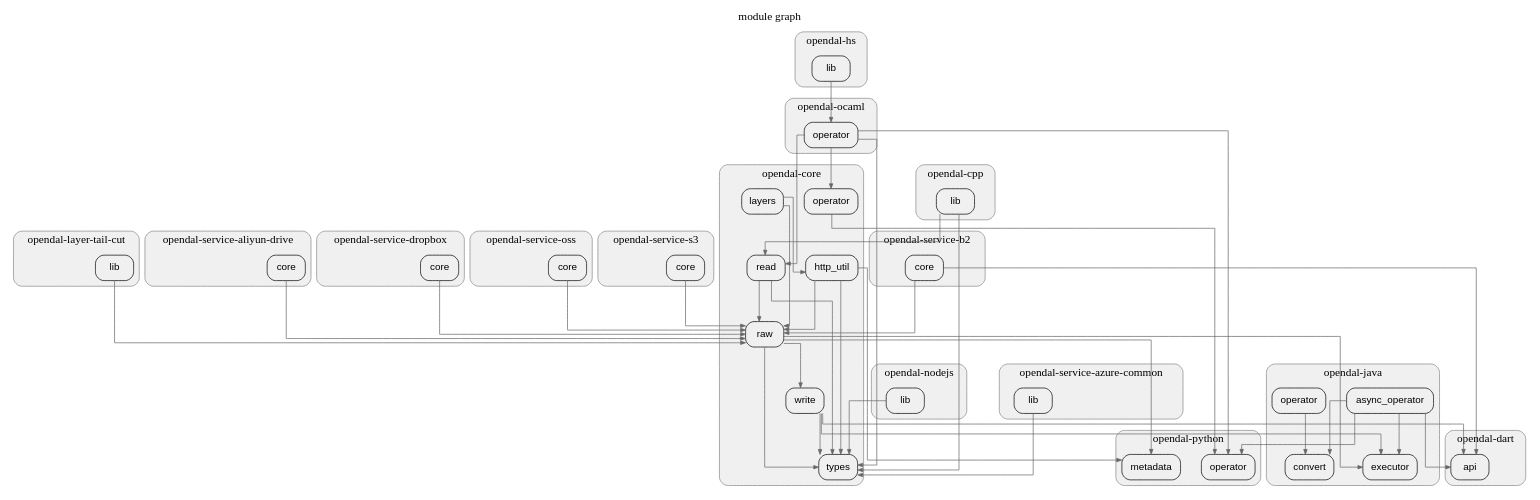
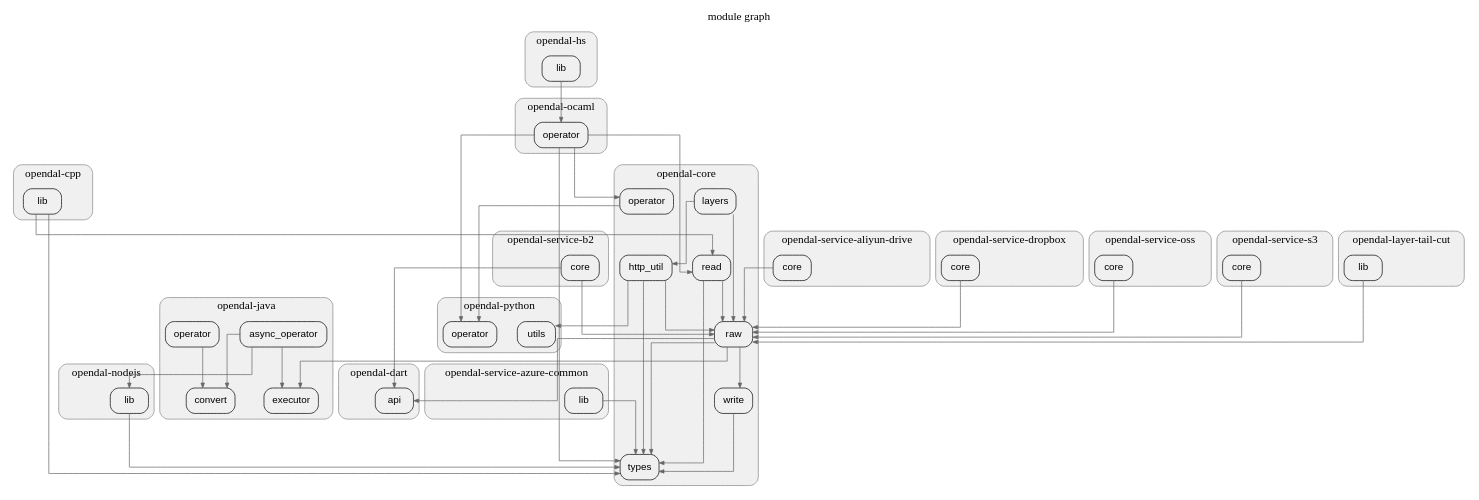
The diagram in sample/opendal-pagerank/depth_2_module.dot (allenanswerzq/llmcc), drawn with Graphviz before and after one commit. The commit also changed 165 other files, not shown here.

```diff
--- a/sample/opendal-pagerank/depth_2_module.dot
+++ b/sample/opendal-pagerank/depth_2_module.dot
@@ -110,8 +110,8 @@
     bgcolor="#f0f0f0";
     fontname="Helvetica Bold";
 
-    mod_opendal_python_metadata[label="metadata"];
     mod_opendal_python_operator[label="operator"];
+    mod_opendal_python_utils[label="utils"];
   }
 
   subgraph cluster_opendal_service_aliyun_drive {
@@ -177,26 +177,23 @@
 
   mod_opendal_core_http_util -> mod_opendal_core_raw;
   mod_opendal_core_http_util -> mod_opendal_core_types;
-  mod_opendal_core_http_util -> mod_opendal_python_metadata;
+  mod_opendal_core_http_util -> mod_opendal_python_utils;
   mod_opendal_core_layers -> mod_opendal_core_http_util;
   mod_opendal_core_layers -> mod_opendal_core_raw;
   mod_opendal_core_operator -> mod_opendal_python_operator;
   mod_opendal_core_raw -> mod_opendal_core_types;
   mod_opendal_core_raw -> mod_opendal_core_write;
+  mod_opendal_core_raw -> mod_opendal_dart_api;
   mod_opendal_core_raw -> mod_opendal_java_executor;
-  mod_opendal_core_raw -> mod_opendal_python_metadata;
   mod_opendal_core_read -> mod_opendal_core_raw;
   mod_opendal_core_read -> mod_opendal_core_types;
   mod_opendal_core_write -> mod_opendal_core_types;
-  mod_opendal_core_write -> mod_opendal_dart_api;
-  mod_opendal_core_write -> mod_opendal_java_executor;
   mod_opendal_cpp_lib -> mod_opendal_core_read;
   mod_opendal_cpp_lib -> mod_opendal_core_types;
   mod_opendal_hs_lib -> mod_opendal_ocaml_operator;
-  mod_opendal_java_async_operator -> mod_opendal_dart_api;
   mod_opendal_java_async_operator -> mod_opendal_java_convert;
   mod_opendal_java_async_operator -> mod_opendal_java_executor;
-  mod_opendal_java_async_operator -> mod_opendal_python_operator;
+  mod_opendal_java_async_operator -> mod_opendal_nodejs_lib;
   mod_opendal_java_operator -> mod_opendal_java_convert;
   mod_opendal_layer_tail_cut_lib -> mod_opendal_core_raw;
   mod_opendal_nodejs_lib -> mod_opendal_core_types;
```
